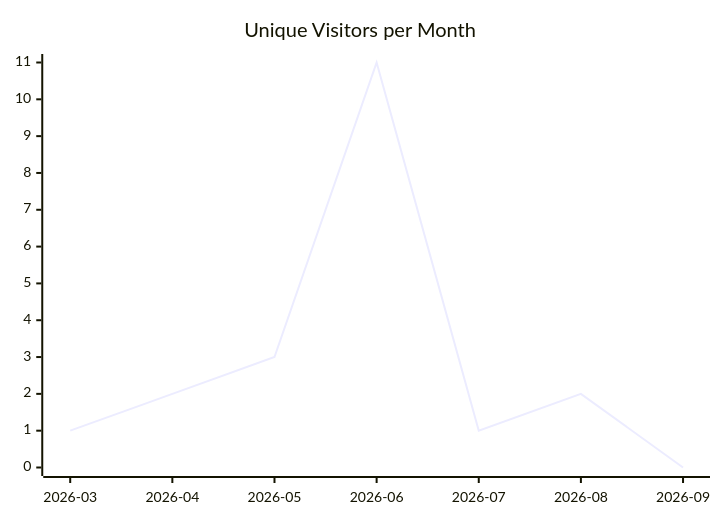
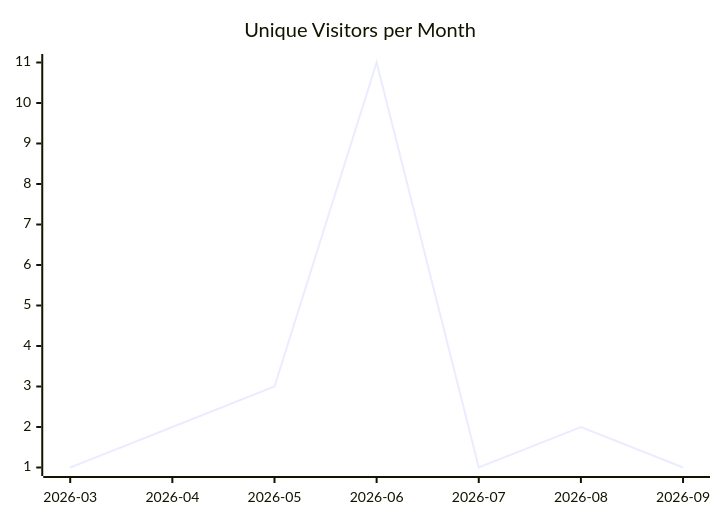
One commit to justdavis-family/github-analytics-data changed the first of 3 diagrams in karlmdavis/justdavis-ansible/README.md. Above: the diagram before and after it, drawn with Mermaid. The commit also changed other lines of this file and 200 other files, not shown here.

````diff
--- a/karlmdavis/justdavis-ansible/README.md
+++ b/karlmdavis/justdavis-ansible/README.md
@@ -5,6 +5,6 @@
 ```mermaid
 xychart-beta
   title "Unique Visitors per Month"
   x-axis ["2026-03", "2026-04", "2026-05", "2026-06", "2026-07", "2026-08", "2026-09"]
-  line [1, 2, 3, 11, 1, 2, 0]
+  line [1, 2, 3, 11, 1, 2, 1]
 ```
````
